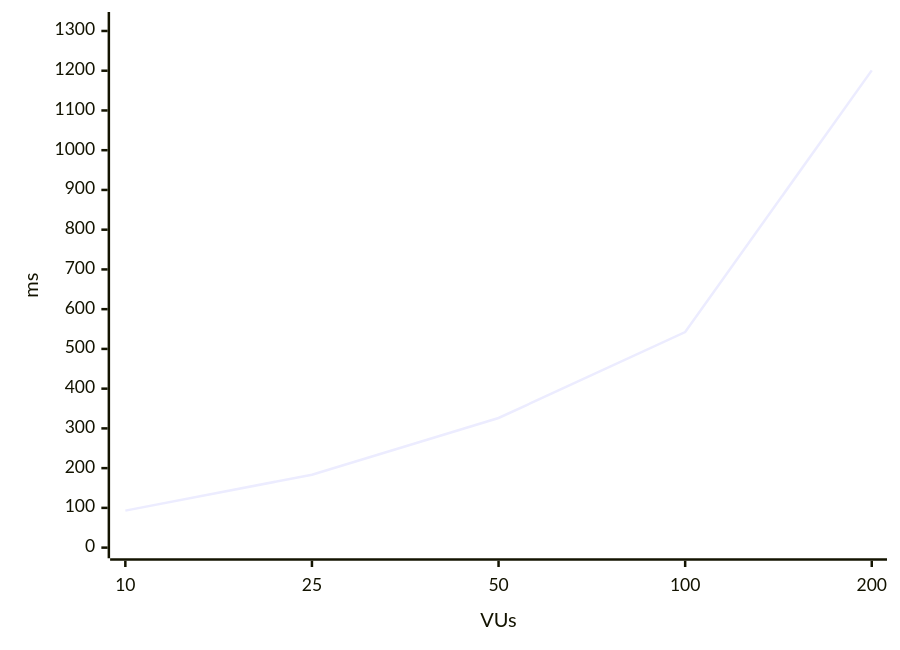
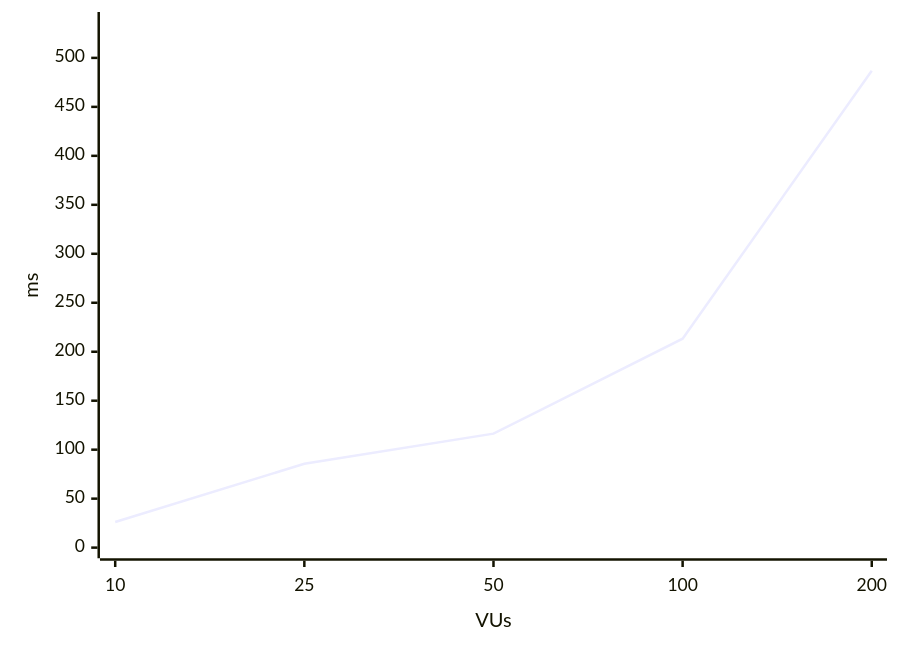
Before and after one commit to LYarmoliuk/OnlineTesting: the fourth of 4 diagrams in docs/lab5-write-workflow.md, drawn with Mermaid. The commit also changed other lines of this file and 52 other files, not shown here.

````diff
--- a/docs/lab5-write-workflow.md
+++ b/docs/lab5-write-workflow.md
@@ -72,6 +72,6 @@
 ```mermaid
 xychart-beta
   x-axis VUs [10, 25, 50, 100, 200]
-  y-axis ms 0 --> 1321
-  line [93.12, 183.42, 326.2, 542.43, 1200.9]
+  y-axis ms 0 --> 536
+  line [26.1, 85.62, 116.4, 213.29, 486.84]
 ```
````
